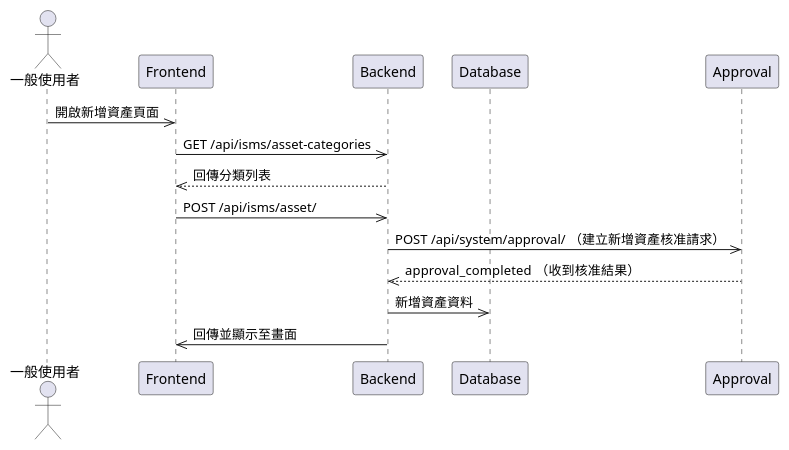
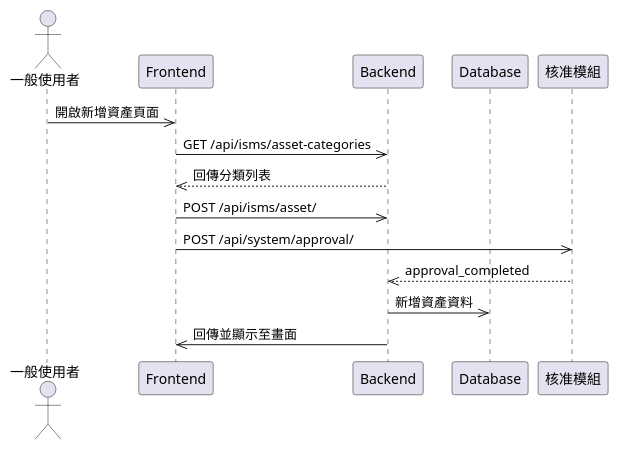
One commit to walle45611/NTUB_SecuManag_Diagram changed the diagram in plantUML/sequence/asset_create.puml. Above: the diagram before and after it, drawn with PlantUML. The commit also changed 13 other files, not shown here.

Commit message:
(modify): 調整各個圖格式，調整路徑，新增一些圖 (#21)

```diff
--- a/plantUML/sequence/asset_create.puml
+++ b/plantUML/sequence/asset_create.puml
@@ -1,15 +1,16 @@
 @startuml
 actor User as "一般使用者"
 participant Frontend
 participant Backend
 participant Database
+participant Approval as "核准模組"
 
 User->>Frontend: 開啟新增資產頁面
 Frontend->>Backend: GET /api/isms/asset-categories
 Backend-->>Frontend: 回傳分類列表
 Frontend->>Backend: POST /api/isms/asset/
-Backend->>Approval: POST /api/system/approval/ （建立新增資產核准請求）
-Approval-->>Backend: approval_completed  （收到核准結果）
+Frontend->>Approval: POST /api/system/approval/
+Approval-->>Backend: approval_completed
 Backend->>Database: 新增資產資料
 Backend->>Frontend: 回傳並顯示至畫面
 @enduml
```
